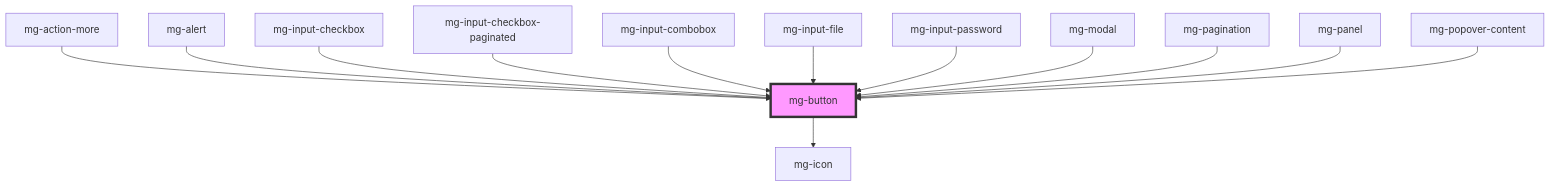
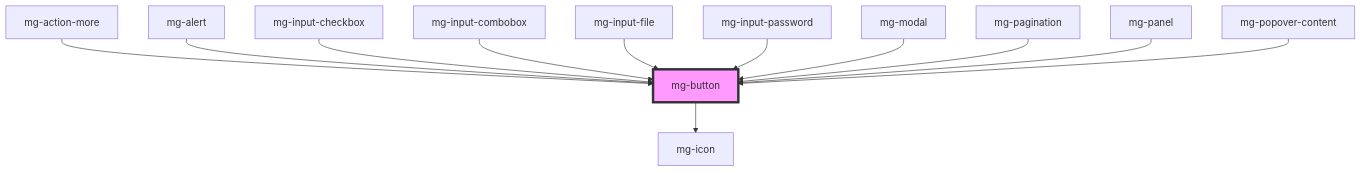
Before and after one commit to MGDIS/core-ui: the diagram in packages/mg-components/src/components/atoms/mg-button/readme.md, drawn with Mermaid. The commit also changed other lines of this file and 36 other files, not shown here.

First line of the commit message:
fix(mgInputCheckboxPaginated): migrate to functionnal component

````diff
--- a/packages/mg-components/src/components/atoms/mg-button/readme.md
+++ b/packages/mg-components/src/components/atoms/mg-button/readme.md
@@ -162,16 +161,15 @@
 ```mermaid
 graph TD;
   mg-button --> mg-icon
   mg-action-more --> mg-button
   mg-alert --> mg-button
   mg-input-checkbox --> mg-button
-  mg-input-checkbox-paginated --> mg-button
   mg-input-combobox --> mg-button
   mg-input-file --> mg-button
   mg-input-password --> mg-button
   mg-modal --> mg-button
   mg-pagination --> mg-button
   mg-panel --> mg-button
   mg-popover-content --> mg-button
   style mg-button fill:#f9f,stroke:#333,stroke-width:4px
 ```
````
